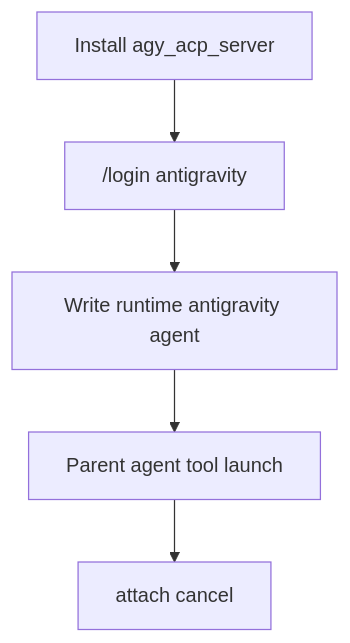
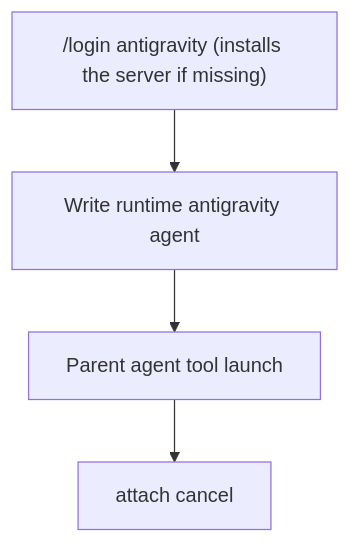
One commit to matthewyjiang/rho changed the second of 2 diagrams in docs/subagents/antigravity.md. Above: the diagram before and after it, drawn with Mermaid. The commit also changed other lines of this file and 17 other files, not shown here.

First line of the commit message:
feat(antigravity): install the acp server from /login antigravity (#1423)

````diff
--- a/docs/subagents/antigravity.md
+++ b/docs/subagents/antigravity.md
@@ -29,7 +29,6 @@
 ```mermaid
 flowchart TD
-    install[Install agy_acp_server] --> login["/login antigravity"]
-    login --> def[Write runtime antigravity agent]
+    login["/login antigravity (installs the server if missing)"] --> def[Write runtime antigravity agent]
     def --> launch[Parent agent tool launch]
     launch --> watch[attach cancel]
 ```
````
